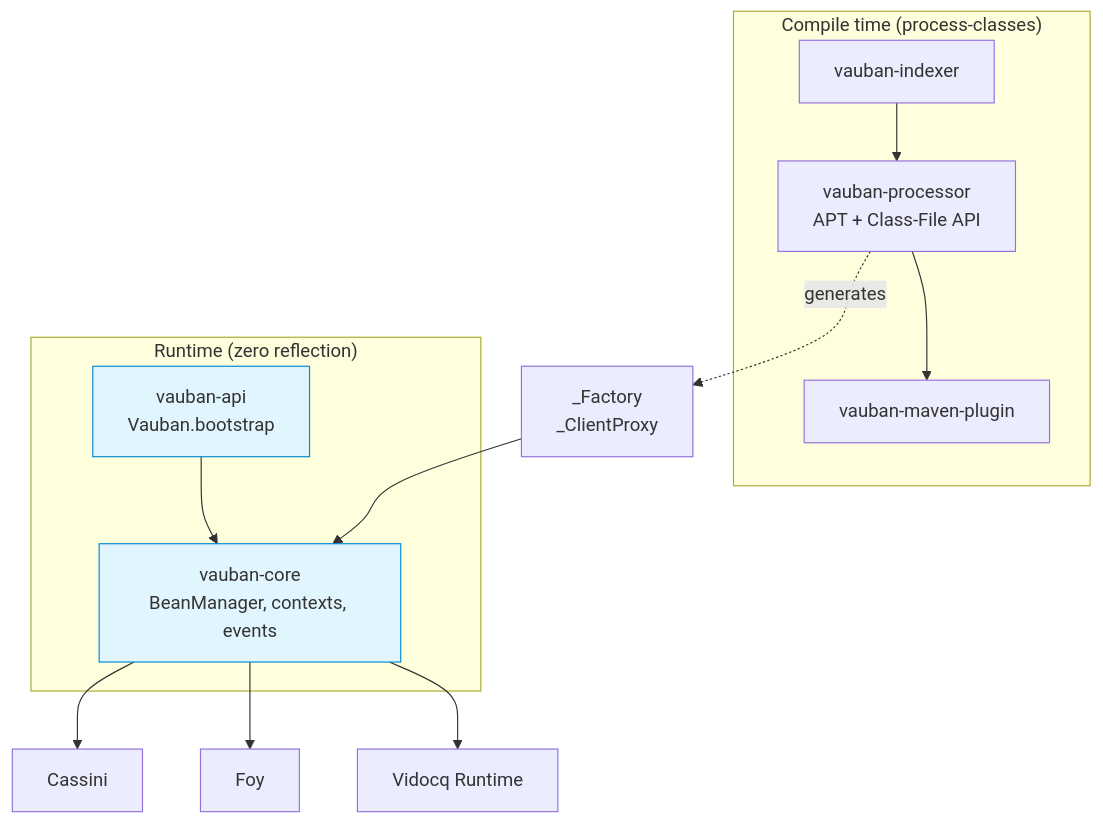
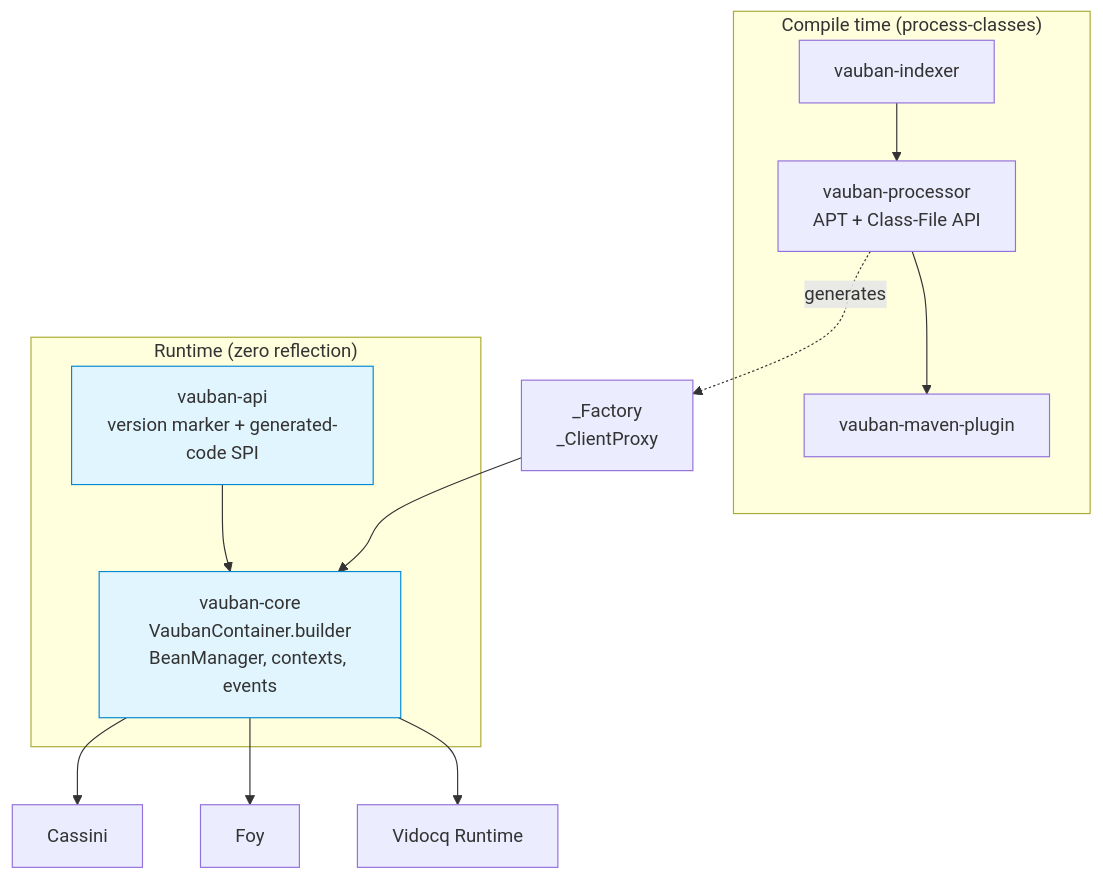
One commit to vidocq-stack/vauban changed the diagram in docs/en/modules/ROOT/pages/index.adoc. Above: the diagram before and after it, drawn with Mermaid. The commit also changed other lines of this file and 7 other files, not shown here.

```diff
--- a/docs/en/modules/ROOT/pages/index.adoc
+++ b/docs/en/modules/ROOT/pages/index.adoc
@@ -37,23 +37,23 @@
 [mermaid]
 ....
 graph TB
   subgraph Build["Compile time (process-classes)"]
     IDX[vauban-indexer]
     PROC[vauban-processor<br/>APT + Class-File API]
     PLUGIN[vauban-maven-plugin]
     IDX --> PROC
     PROC --> PLUGIN
   end
   subgraph Runtime["Runtime (zero reflection)"]
-    API[vauban-api<br/>Vauban.bootstrap]
-    CORE[vauban-core<br/>BeanManager, contexts, events]
+    API[vauban-api<br/>version marker + generated-code SPI]
+    CORE[vauban-core<br/>VaubanContainer.builder<br/>BeanManager, contexts, events]
     API --> CORE
   end
   PROC -.generates.-> FACT[_Factory<br/>_ClientProxy]
   FACT --> CORE
   CORE --> CASSINI[Cassini]
   CORE --> FOY[Foy]
   CORE --> MPS[Vidocq Runtime]
   classDef rt fill:#e1f5fe,stroke:#0288d1
   class CORE,API rt
 ....
```
